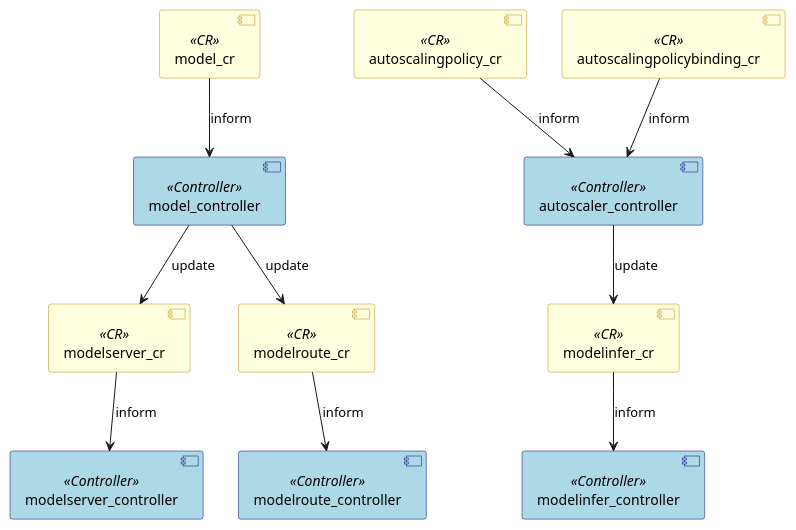
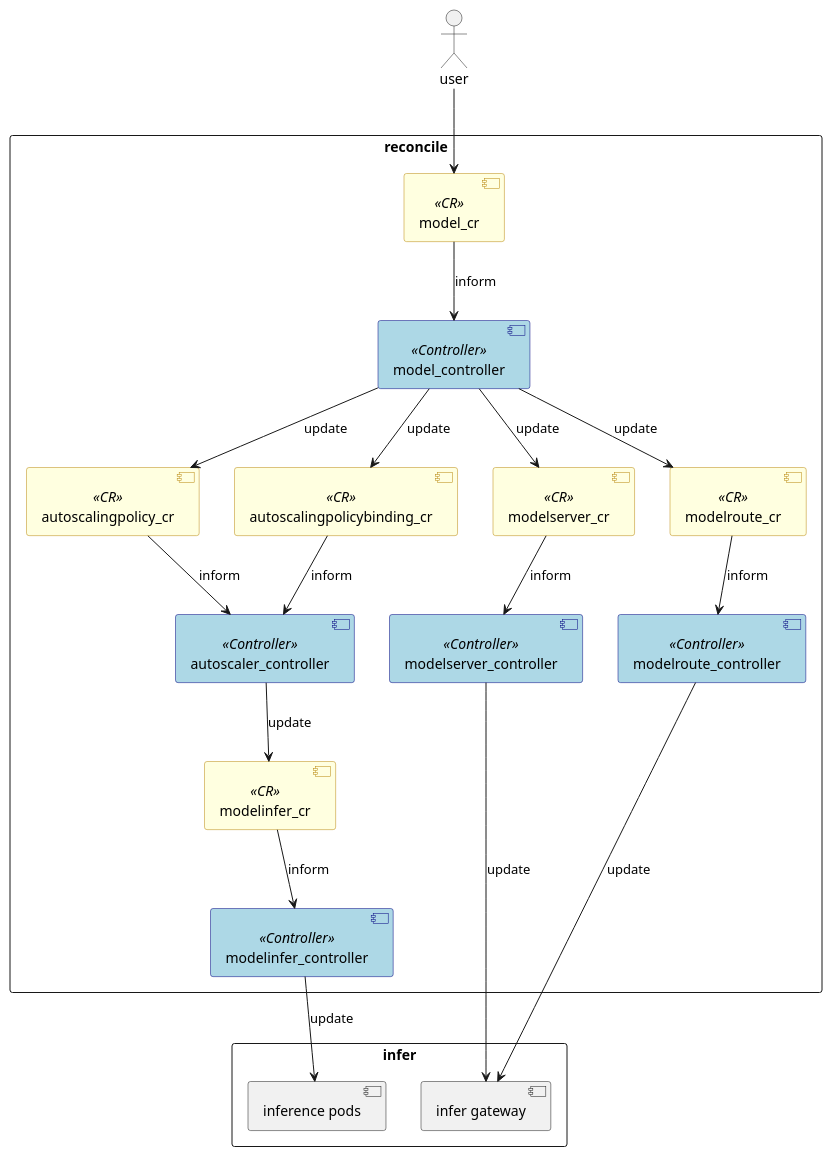
Before and after one commit to matrixinfer-ai/kthena: the first of 2 diagrams in docs/matrixinfer/static/img/diagrams/architecture/draft.md, drawn with PlantUML. The commit also changed other lines of this file, not shown here.

Commit message:
Adds architecture diagrams for reconciliation
Introduces architecture diagrams using PlantUML to visualize the reconciliation process.

The diagrams illustrate the interaction between users, CRs (Custom Resources), Controllers, an infer gateway, and inference pods, clarifying the flow of information and dependencies within the system.

````diff
--- a/docs/matrixinfer/static/img/diagrams/architecture/draft.md
+++ b/docs/matrixinfer/static/img/diagrams/architecture/draft.md
@@ -3,37 +4,54 @@
 ```plantuml
 ' Styling rules
 skinparam component {
   BackgroundColor<<CR>> LightYellow
   BorderColor<<CR>> DarkGoldenRod
   BackgroundColor<<Controller>> LightBlue
   BorderColor<<Controller>> Navy
 }
 
-' Style for CRs
-component "model_cr" <<CR>>
-component "autoscalingpolicy_cr" <<CR>>
-component "autoscalingpolicybinding_cr" <<CR>>
-component "modelinfer_cr" <<CR>>
-component "modelserver_cr" <<CR>>
-component "modelroute_cr" <<CR>>
+actor user
 
-' Style for Controllers
-component "model_controller" <<Controller>>
-component "autoscaler_controller" <<Controller>>
-component "modelinfer_controller" <<Controller>>
-component "modelserver_controller" <<Controller>>
-component "modelroute_controller" <<Controller>>
+rectangle "reconcile" {
+	' Style for CRs
+	component "model_cr" <<CR>>
+	component "autoscalingpolicy_cr" <<CR>>
+	component "autoscalingpolicybinding_cr" <<CR>>
+	component "modelinfer_cr" <<CR>>
+	component "modelserver_cr" <<CR>>
+	component "modelroute_cr" <<CR>>
+	
+	' Style for Controllers
+	component "model_controller" <<Controller>>
+	component "autoscaler_controller" <<Controller>>
+	component "modelinfer_controller" <<Controller>>
+	component "modelserver_controller" <<Controller>>
+	component "modelroute_controller" <<Controller>>
+}
+
+rectangle "infer" {
+	component "infer gateway" as infer_gateway
+	component "inference pods" as pods
+}
 
 
 ' Relationships
+
+user --> model_cr
+
 model_cr --> model_controller : inform
 autoscalingpolicy_cr --> autoscaler_controller : inform
 autoscalingpolicybinding_cr --> autoscaler_controller : inform
+model_controller --> autoscalingpolicy_cr : update
+model_controller --> autoscalingpolicybinding_cr : update
 model_controller --> modelserver_cr : update
 model_controller --> modelroute_cr : update
 autoscaler_controller --> modelinfer_cr : update
 modelinfer_cr --> modelinfer_controller : inform
 modelserver_cr --> modelserver_controller : inform
 modelroute_cr --> modelroute_controller : inform
 
+modelserver_controller --> infer_gateway : update
+modelroute_controller --> infer_gateway : update
+modelinfer_controller --> pods : update
 ```
````
